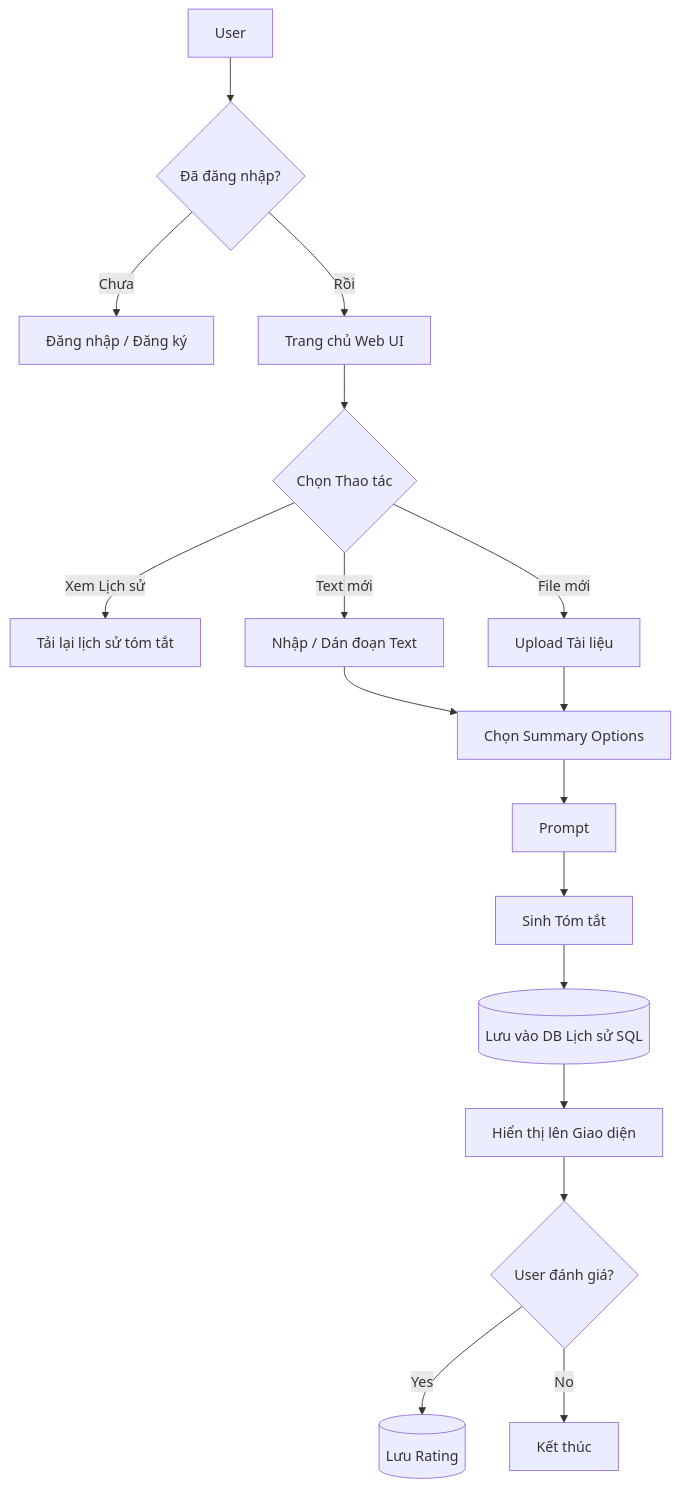
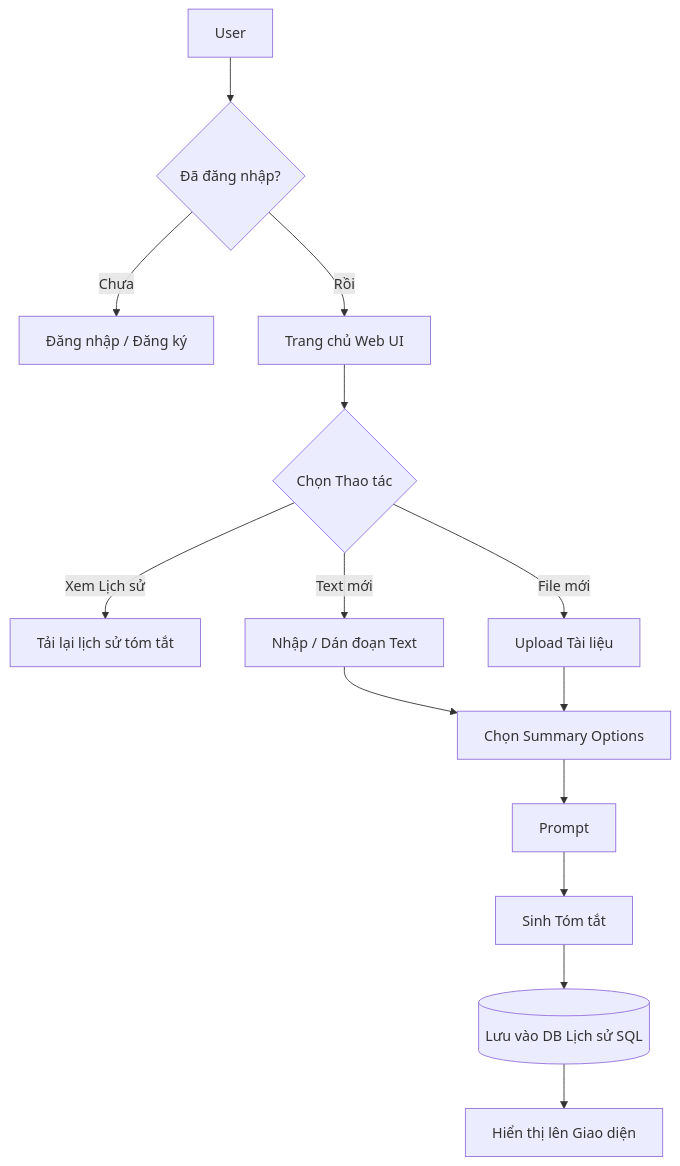
The third of 6 diagrams in README.md (kienng221105/Summarize-Vietnamese-Text), drawn with Mermaid before and after one commit. The commit also changed other lines of this file, not shown here.

````diff
--- a/README.md
+++ b/README.md
@@ -167,34 +126,30 @@
 ```mermaid
 flowchart TD
 
   U[User] --> L{Đã đăng nhập?}
 
   L -->|Chưa| Login[Đăng nhập / Đăng ký]
 
   L -->|Rồi| Main[Trang chủ Web UI]
 
   Main --> Action{Chọn Thao tác}
 
   Action -->|Xem Lịch sử| Hist[Tải lại lịch sử tóm tắt]
 
   Action -->|Text mới| T[Nhập / Dán đoạn Text]
 
   Action -->|File mới| F[Upload Tài liệu]
 
   T --> Options[Chọn Summary Options]
 
   F --> Options[Chọn Summary Options]
 
   Options --> Process[Prompt]
 
   Process --> Gen[Sinh Tóm tắt]
 
   Gen --> Save[(Lưu vào DB Lịch sử SQL)]
 
   Save --> UI[Hiển thị lên Giao diện]
-  UI --> Rate{User đánh giá?}  
-  
-Rate -->|Yes| Rating[(Lưu Rating)]  
-Rate -->|No| End[Kết thúc]
 
 ```
````
